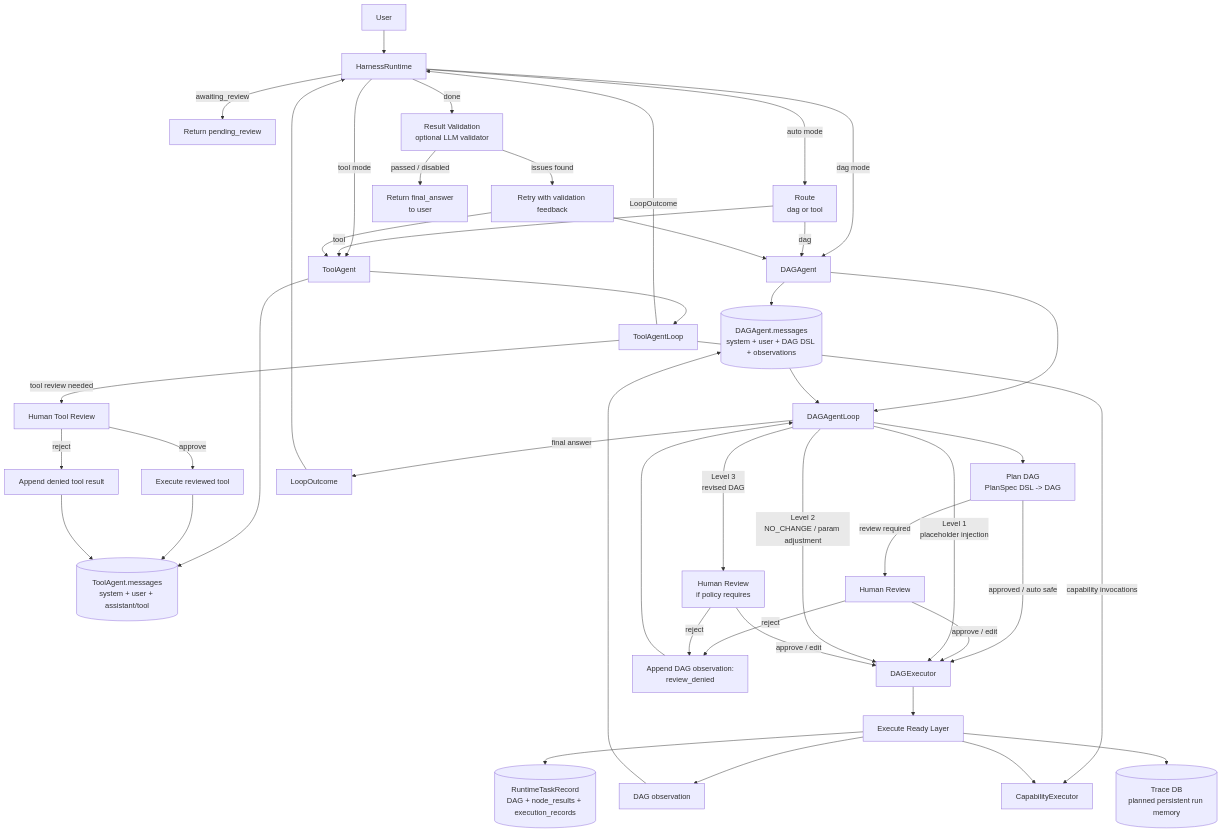
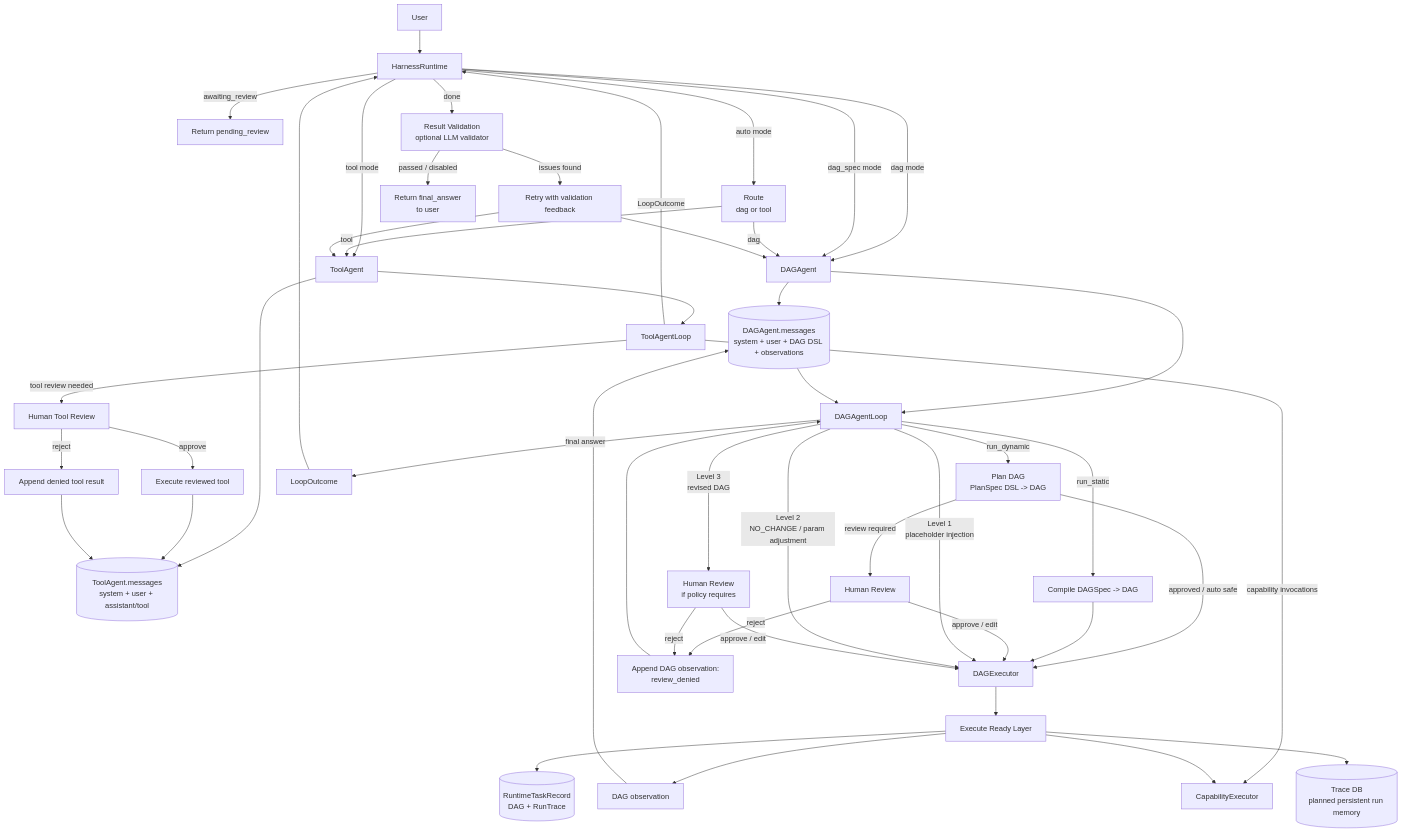
One commit to RobotSe7en/dagent changed the diagram in README.md. Above: the diagram before and after it, drawn with Mermaid. The commit also changed other lines of this file and 34 other files, not shown here.

Commit message:
refactor: unify runtime trace and dag loop model

````diff
--- a/README.md
+++ b/README.md
@@ -62,52 +62,55 @@
 ```mermaid
 flowchart TD
   U["User"] --> R["HarnessRuntime"]
   R -->|"auto mode"| ROUTE["Route\ndag or tool"]
   R -->|"tool mode"| TA["ToolAgent"]
   R -->|"dag mode"| DA["DAGAgent"]
+  R -->|"dag_spec mode"| DA
 
   ROUTE -->|"tool"| TA
   ROUTE -->|"dag"| DA
 
   TA --> TM[("ToolAgent.messages\nsystem + user + assistant/tool")]
   TA --> TAL["ToolAgentLoop"]
   TAL -->|"capability invocations"| T["CapabilityExecutor"]
   TAL -->|"tool review needed"| TRV["Human Tool Review"]
   TRV -->|"approve"| TEX["Execute reviewed tool"]
   TRV -->|"reject"| TDENY["Append denied tool result"]
   TEX --> TM
   TDENY --> TM
   TAL -->|"LoopOutcome"| R
 
   DA --> DM[("DAGAgent.messages\nsystem + user + DAG DSL + observations")]
   DA --> DAL["DAGAgentLoop"]
-  DAL --> D["Plan DAG\nPlanSpec DSL -> DAG"]
+  DAL -->|"run_dynamic"| D["Plan DAG\nPlanSpec DSL -> DAG"]
+  DAL -->|"run_static"| SD["Compile DAGSpec -> DAG"]
 
   D -->|"review required"| UI["Human Review"]
   D -->|"approved / auto safe"| E["DAGExecutor"]
+  SD --> E
   UI -->|"approve / edit"| E
   UI -->|"reject"| DENY["Append DAG observation:\nreview_denied"]
   DENY --> DAL
 
   E --> N["Execute Ready Layer"]
   N --> T
-  N --> ER[("RuntimeTaskRecord\nDAG + node_results + execution_records")]
+  N --> ER[("RuntimeTaskRecord\nDAG + RunTrace")]
   N --> TR[("Trace DB\nplanned persistent run memory")]
   N --> OBS["DAG observation"]
   OBS --> DM
   DM --> DAL
   DAL -->|"Level 1\nplaceholder injection"| E
   DAL -->|"Level 2\nNO_CHANGE / param adjustment"| E
   DAL -->|"Level 3\nrevised DAG"| UI2["Human Review\nif policy requires"]
   UI2 -->|"approve / edit"| E
   UI2 -->|"reject"| DENY
   DAL -->|"final answer"| DR["LoopOutcome"]
   DR --> R
 
   R -->|"awaiting_review"| UIWAIT["Return pending_review"]
   R -->|"done"| V["Result Validation\noptional LLM validator"]
   V -->|"issues found"| RTRY["Retry with validation feedback"]
   RTRY --> TA
   RTRY --> DA
   V -->|"passed / disabled"| O["Return final_answer\nto user"]
 ```
````
